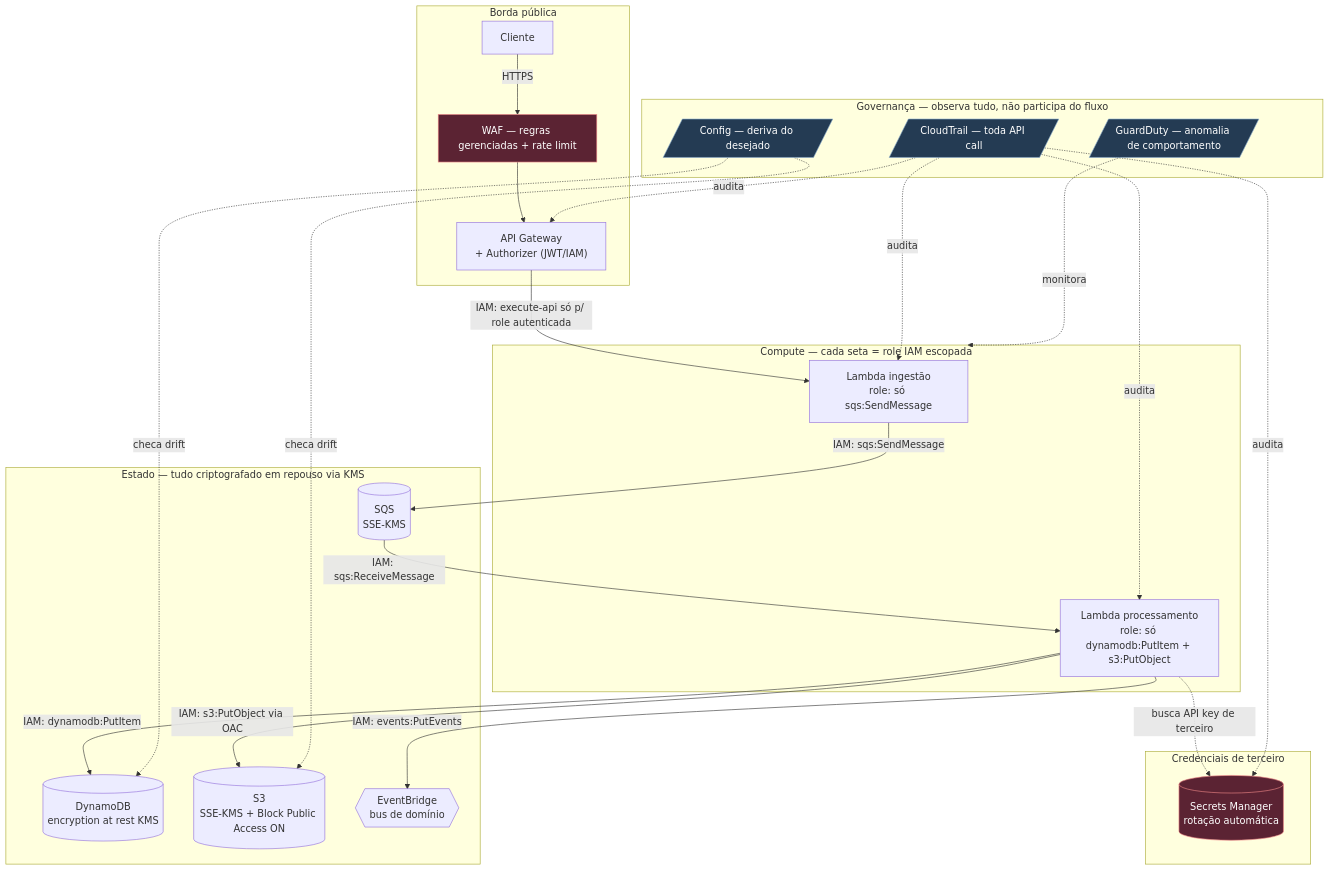
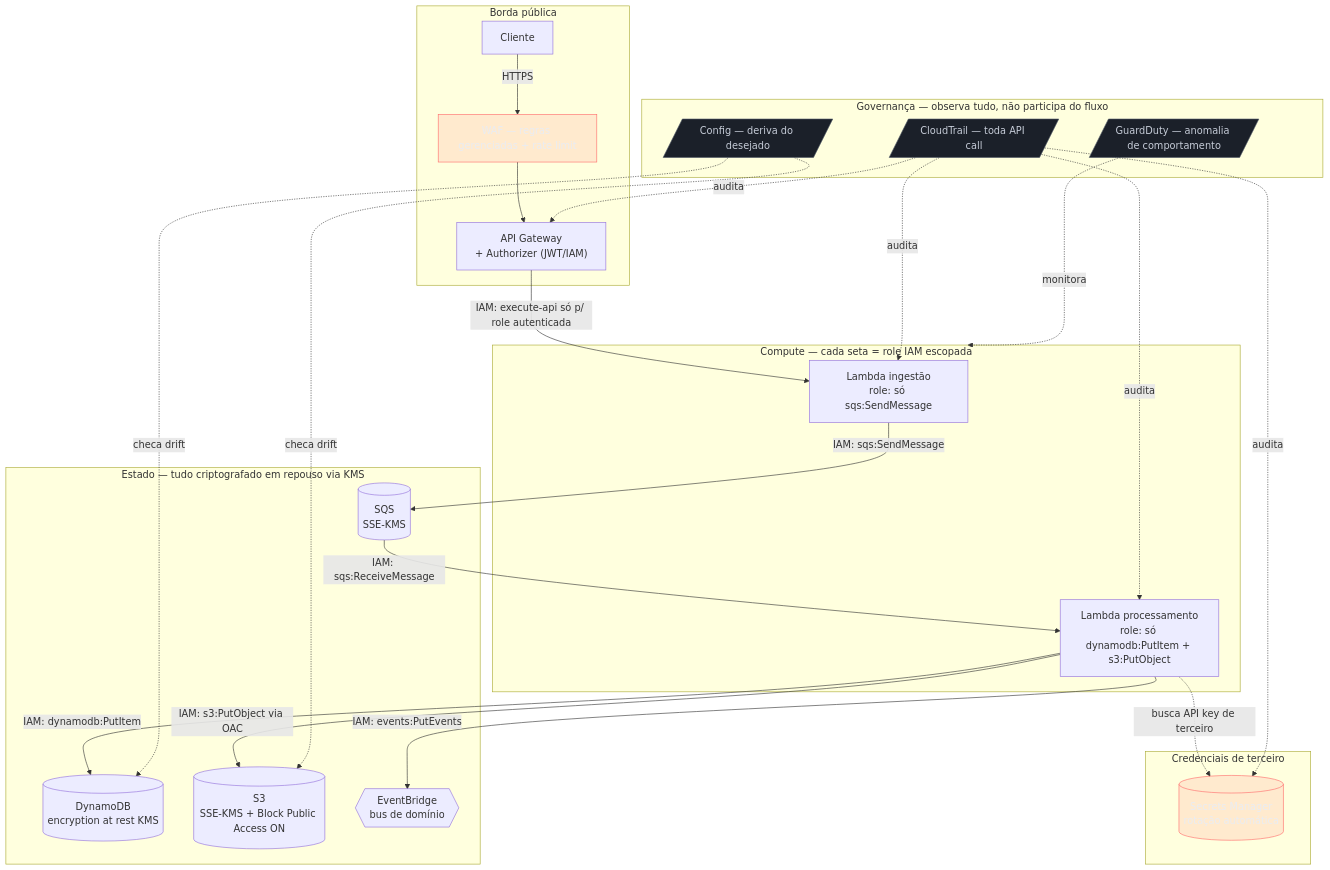
The diagram in 03-Dominios/Tecnologia/Cloud/18 - Segurança na cloud a fundo/06 - Threat model de uma arquitetura cloud (capstone).md (josenaldo/codex-technomanticus), drawn with Mermaid before and after one commit. The commit also changed 1181 other files, not shown here.

First line of the commit message:
fix(diagramas): paleta do sistema no lugar de cor cravada no markdown

````diff
--- a/03-Dominios/Tecnologia/Cloud/18 - Segurança na cloud a fundo/06 - Threat model de uma arquitetura cloud (capstone).md
+++ b/03-Dominios/Tecnologia/Cloud/18 - Segurança na cloud a fundo/06 - Threat model de uma arquitetura cloud (capstone).md
@@ -32,53 +32,55 @@
 ```mermaid
 flowchart TB
+    classDef falha fill:#FF6B6B24,stroke:#FF6B6B,color:#E9ECF2
+    classDef neutro fill:#1B2029,stroke:#4E5666,color:#C6CCD8
     subgraph Borda["Borda pública"]
         Client[Cliente]
         WAF[WAF — regras gerenciadas + rate limit]
         APIGW["API Gateway<br/>+ Authorizer (JWT/IAM)"]
     end
 
     subgraph Compute["Compute — cada seta = role IAM escopada"]
         L1["Lambda ingestão<br/>role: só sqs:SendMessage"]
         L2["Lambda processamento<br/>role: só dynamodb:PutItem + s3:PutObject"]
     end
 
     subgraph Estado["Estado — tudo criptografado em repouso via KMS"]
         SQS[("SQS<br/>SSE-KMS")]
         DDB[("DynamoDB<br/>encryption at rest KMS")]
         S3[("S3<br/>SSE-KMS + Block Public Access ON")]
         EB{{"EventBridge<br/>bus de domínio"}}
     end
 
     subgraph Segredos["Credenciais de terceiro"]
         SM[("Secrets Manager<br/>rotação automática")]
     end
 
     subgraph Governanca["Governança — observa tudo, não participa do fluxo"]
         CT[/CloudTrail — toda API call/]
         CFG[/Config — deriva do desejado/]
         GD[/GuardDuty — anomalia de comportamento/]
     end
 
     Client -->|"HTTPS"| WAF --> APIGW
     APIGW -->|"IAM: execute-api só p/ role autenticada"| L1
     L1 -->|"IAM: sqs:SendMessage"| SQS
     SQS -->|"IAM: sqs:ReceiveMessage"| L2
     L2 -->|"IAM: dynamodb:PutItem"| DDB
     L2 -->|"IAM: s3:PutObject via OAC"| S3
     L2 -->|"IAM: events:PutEvents"| EB
     L2 -.->|"busca API key de terceiro"| SM
 
     CT -.->|audita| APIGW
     CT -.->|audita| L1
     CT -.->|audita| L2
     CT -.->|audita| SM
     CFG -.->|checa drift| DDB
     CFG -.->|checa drift| S3
     GD -.->|monitora| Compute
 
-    style WAF fill:#5b2333,stroke:#e88,color:#fff
-    style SM fill:#5b2333,stroke:#e88,color:#fff
-    style CT fill:#243b53,stroke:#8ac,color:#fff
-    style CFG fill:#243b53,stroke:#8ac,color:#fff
-    style GD fill:#243b53,stroke:#8ac,color:#fff
+    class WAF falha
+    class SM falha
+    class CT neutro
+    class CFG neutro
+    class GD neutro
 ```
````
